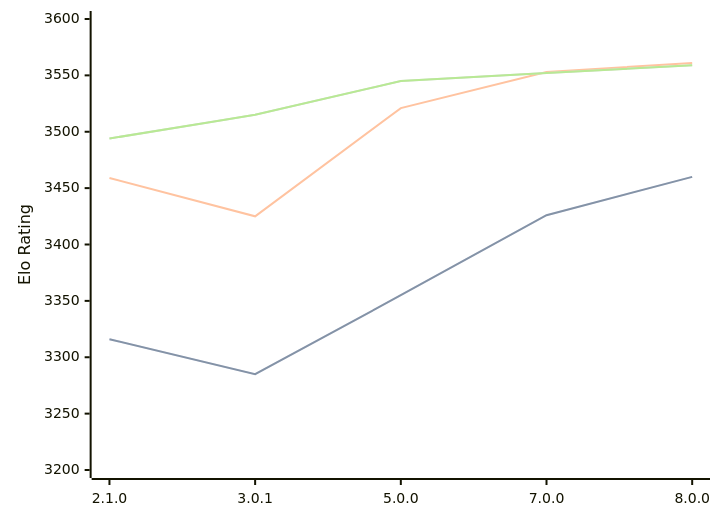
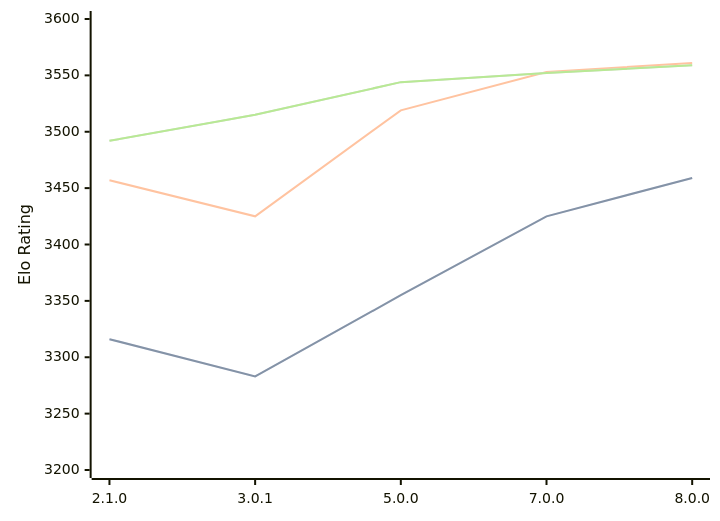
One commit to computer-chess-index/cci changed the diagram in engines/PlentyChess.md. Above: the diagram before and after it, drawn with Mermaid. The commit also changed other lines of this file, not shown here.

Commit message:
Update CCI Ratings (ELO VLTC) - 2026-07-27

````diff
--- a/engines/PlentyChess.md
+++ b/engines/PlentyChess.md
@@ -46,11 +46,11 @@
 ```mermaid
 %%{init: {"theme":"base","themeVariables":{"seriesColors:['#a3a3a3','#222221','#faa371']}}}%%
 xychart-beta
   x-axis ["2.1.0", "3.0.1", "5.0.0", "7.0.0", "8.0.0"]
   y-axis "Elo Rating" 3200 --> 3600
-  line "STC (8.0+0.08s)" [3316, 3285, 3355, 3426, 3460]
-  line "STC (8.0+0.08s)" [3316, 3285, 3355, 3426, 3460]
-  line "LTC (60.0+0.60s)" [3459, 3425, 3521, 3553, 3561]
-  line "VLTC (2m24s+1.12s)" [3494, 3515, 3545, 3552, 3559]
-  line "VLTC (2m24s+1.12s)" [3494, 3515, 3545, 3552, 3559]
+  line "STC (8.0+0.08s)" [3316, 3283, 3355, 3425, 3459]
+  line "STC (8.0+0.08s)" [3316, 3283, 3355, 3425, 3459]
+  line "LTC (60.0+0.60s)" [3457, 3425, 3519, 3553, 3561]
+  line "VLTC (2m24s+1.12s)" [3492, 3515, 3544, 3552, 3559]
+  line "VLTC (2m24s+1.12s)" [3492, 3515, 3544, 3552, 3559]
 ```
````
